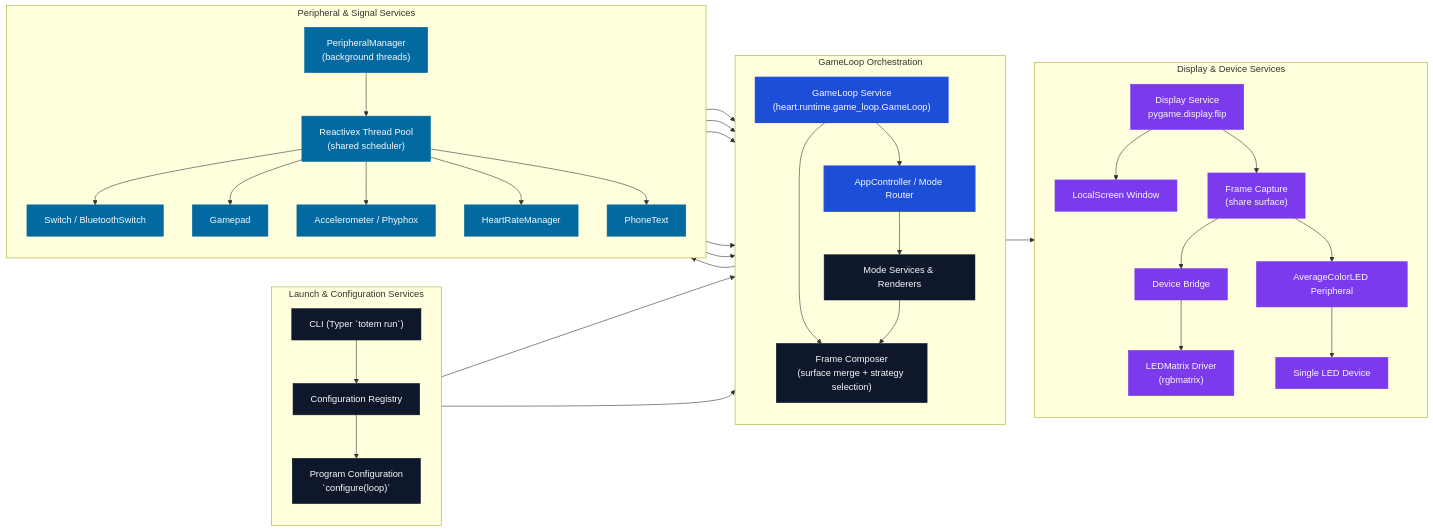
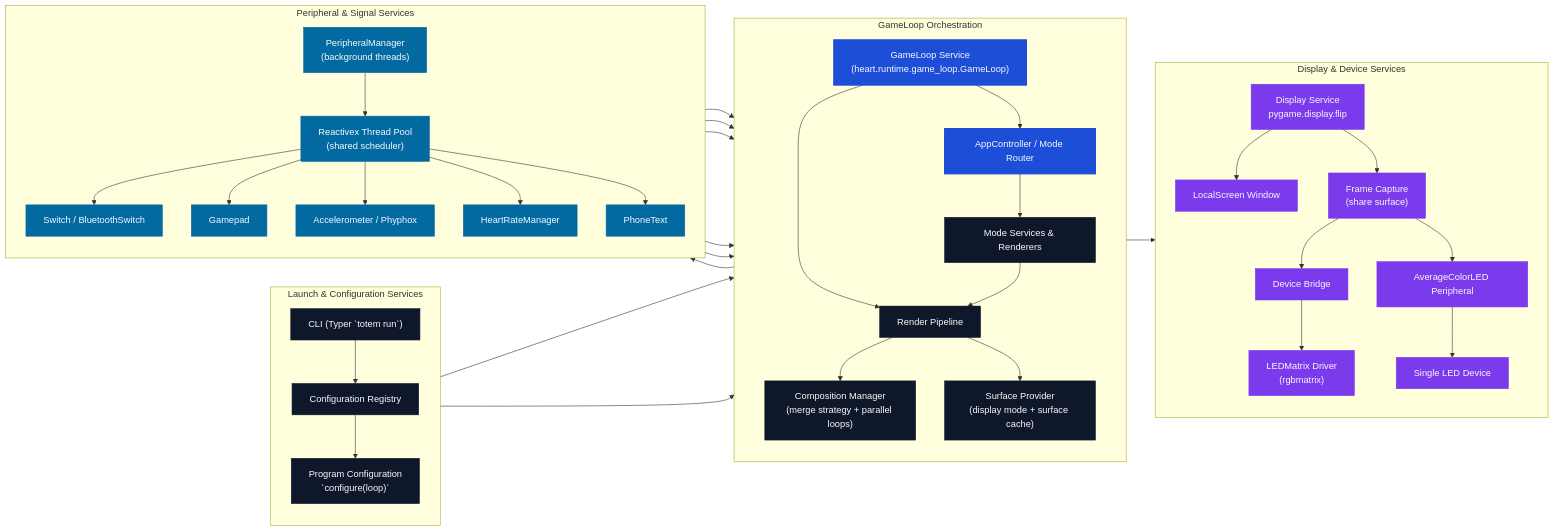
The diagram in docs/code_flow.md (Organization5762/heart), drawn with Mermaid before and after one commit. The commit also changed other lines of this file and 6 other files, not shown here.

Commit message:
Refactor render pipeline composition

````diff
--- a/docs/code_flow.md
+++ b/docs/code_flow.md
@@ -19,66 +19,69 @@
 ```mermaid
 flowchart LR
     %% Visual classes for different service categories
     classDef orchestrator fill:#1d4ed8,stroke:#1d4ed8,color:#f8fafc,stroke-width:2px;
     classDef service fill:#0f172a,stroke:#0f172a,color:#f8fafc;
     classDef input fill:#0369a1,stroke:#0369a1,color:#f8fafc;
     classDef output fill:#7c3aed,stroke:#7c3aed,color:#f8fafc;
 
     subgraph Launch["Launch & Configuration Services"]
         direction TB
         CLI["CLI (Typer `totem run`)"]
         Registry["Configuration Registry"]
         Configurer["Program Configuration\n`configure(loop)`"]
     end
 
     subgraph Runtime["GameLoop Orchestration"]
         direction TB
         Loop["GameLoop Service\n(heart.runtime.game_loop.GameLoop)"]
         AppRouter["AppController / Mode Router"]
         ModeServices["Mode Services & Renderers"]
-        FrameComposer["Frame Composer\n(surface merge + strategy selection)"]
+        RenderPipeline["Render Pipeline"]
+        SurfaceProvider["Surface Provider\n(display mode + surface cache)"]
+        CompositionManager["Composition Manager\n(merge strategy + parallel loops)"]
     end
 
     subgraph Inputs["Peripheral & Signal Services"]
         direction TB
         PeripheralMgr["PeripheralManager\n(background threads)"]
         RxScheduler["Reactivex Thread Pool\n(shared scheduler)"]
         Switch["Switch / BluetoothSwitch"]
         Gamepad["Gamepad"]
         Sensors["Accelerometer / Phyphox"]
         HeartRate["HeartRateManager"]
         PhoneText["PhoneText"]
     end
 
     subgraph Outputs["Display & Device Services"]
         direction TB
         DisplaySvc["Display Service\npygame.display.flip"]
         LocalScreen["LocalScreen Window"]
         Capture["Frame Capture\n(share surface)"]
         DeviceBridge["Device Bridge"]
         LedMatrix["LEDMatrix Driver\n(rgbmatrix)"]
         AverageMirror["AverageColorLED Peripheral"]
         SingleLED["Single LED Device"]
     end
 
     CLI --> Registry --> Configurer --> Loop
     Configurer --> AppRouter
     Loop --> AppRouter
-    Loop --> FrameComposer
-    AppRouter --> ModeServices --> FrameComposer --> DisplaySvc
+    Loop --> RenderPipeline
+    AppRouter --> ModeServices --> RenderPipeline --> CompositionManager --> DisplaySvc
+    RenderPipeline --> SurfaceProvider
     DisplaySvc --> LocalScreen
     DisplaySvc --> Capture --> DeviceBridge --> LedMatrix
     Capture --> AverageMirror --> SingleLED
 
     Loop --> PeripheralMgr --> RxScheduler
     RxScheduler --> Switch --> AppRouter
     RxScheduler --> Gamepad --> AppRouter
     RxScheduler --> Sensors --> AppRouter
     RxScheduler --> HeartRate --> AppRouter
     RxScheduler --> PhoneText --> AppRouter
 
-    class CLI,Registry,Configurer,ModeServices,FrameComposer service;
+    class CLI,Registry,Configurer,ModeServices,RenderPipeline,SurfaceProvider,CompositionManager service;
     class Loop,AppRouter orchestrator;
     class PeripheralMgr,RxScheduler,Switch,Gamepad,Sensors,HeartRate,PhoneText input;
     class DisplaySvc,LocalScreen,Capture,DeviceBridge,LedMatrix,AverageMirror,SingleLED output;
 ```
````
